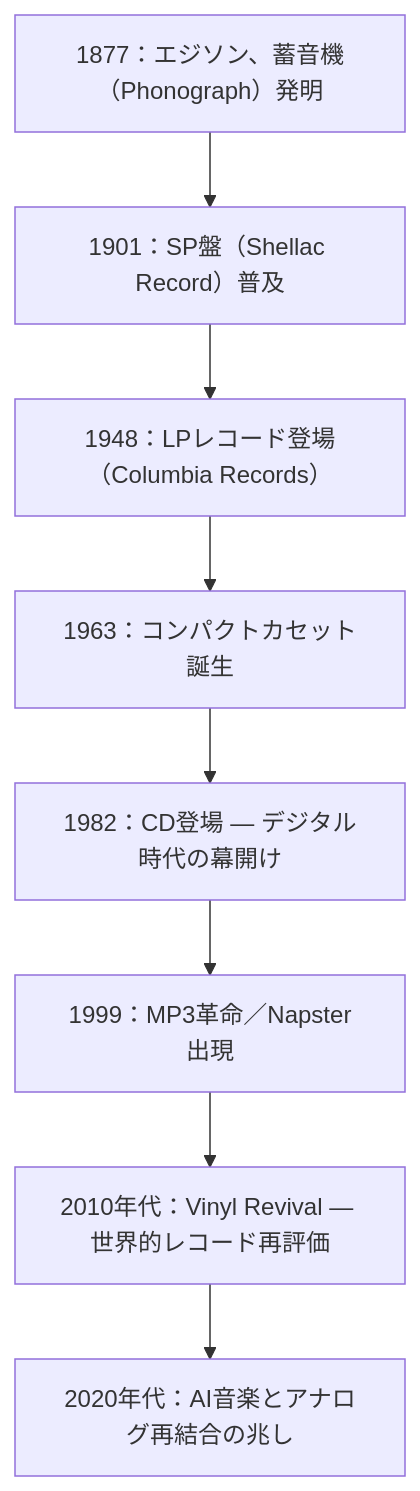
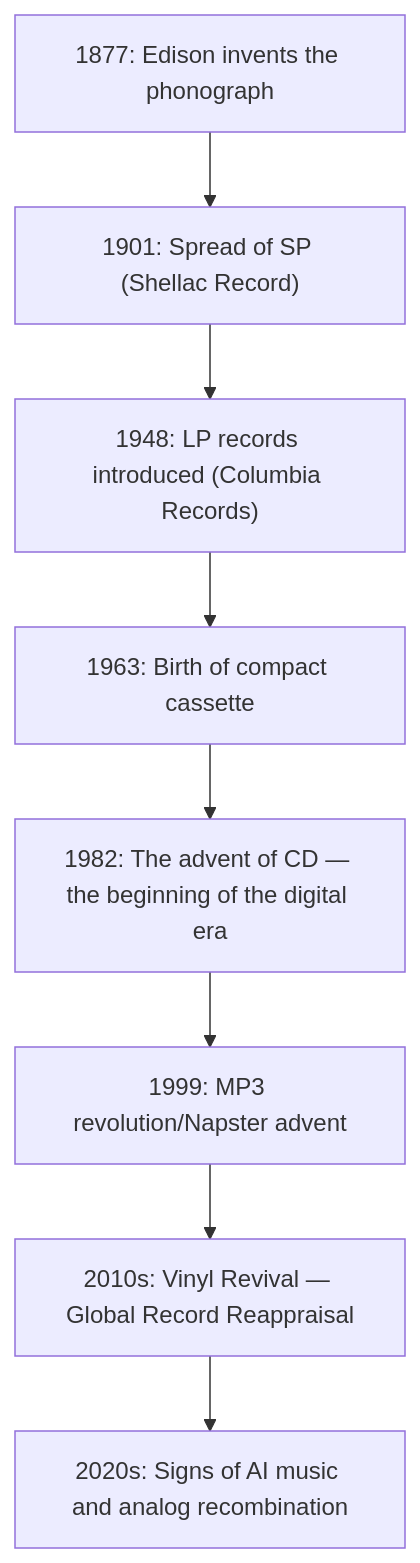
One commit to monumental-movement/monumental-movement.github.io changed the diagram in en/_posts/2025-10-22-column-why-we-buy-vinyl.md. Above: the diagram before and after it, drawn with Mermaid. The commit also changed 152 other files, not shown here.

```diff
--- a/en/_posts/2025-10-22-column-why-we-buy-vinyl.md
+++ b/en/_posts/2025-10-22-column-why-we-buy-vinyl.md
@@ -159,12 +159,12 @@
 <div class="mermaid">
 
 flowchart TD
-    A1877["1877：エジソン、蓄音機（Phonograph）発明"] --> A1901["1901：SP盤（Shellac Record）普及"]
-    A1901 --> A1948["1948：LPレコード登場（Columbia Records）"]
-    A1948 --> A1963["1963：コンパクトカセット誕生"]
-    A1963 --> A1982["1982：CD登場 — デジタル時代の幕開け"]
-    A1982 --> A1999["1999：MP3革命／Napster出現"]
-    A1999 --> A2010["2010年代：Vinyl Revival — 世界的レコード再評価"]
-    A2010 --> A2020["2020年代：AI音楽とアナログ再結合の兆し"]
+    A1877["1877: Edison invents the phonograph"] --> A1901["1901: Spread of SP (Shellac Record)"]
+    A1901 --> A1948["1948: LP records introduced (Columbia Records)"]
+    A1948 --> A1963["1963: Birth of compact cassette"]
+    A1963 --> A1982["1982: The advent of CD — the beginning of the digital era"]
+    A1982 --> A1999["1999: MP3 revolution/Napster advent"]
+    A1999 --> A2010["2010s: Vinyl Revival — Global Record Reappraisal"]
+    A2010 --> A2020["2020s: Signs of AI music and analog recombination"]
 
 </div>
```
